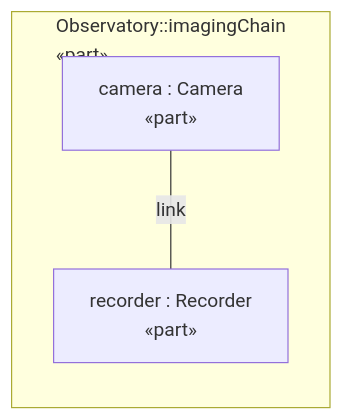
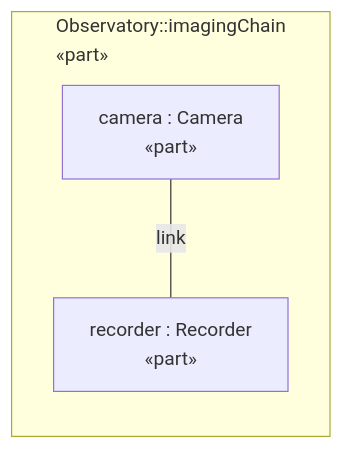
One commit to Open-MBEE/OpenSysML changed the first of 2 diagrams in docs/manual/examples/observatory.md. Above: the diagram before and after it, drawn with Mermaid. The commit also changed 18 other files, not shown here.

First line of the commit message:
fix(view): reserve the height of a multi-line Mermaid cluster title

````diff
--- a/docs/manual/examples/observatory.md
+++ b/docs/manual/examples/observatory.md
@@ -64,9 +64,15 @@
 ```mermaid
+---
+config:
+  flowchart:
+    subGraphTitleMargin:
+      bottom: 24
+---
 %% Observatory::interconnectView — interconnection rendering (render asInterconnectionDiagram)
 flowchart LR
   subgraph n0 ["Observatory::imagingChain<br>«part»"]
     n1["camera : Camera<br>«part»"]
     n2["recorder : Recorder<br>«part»"]
   end
   n1 ---|"link"| n2
 ```
````
